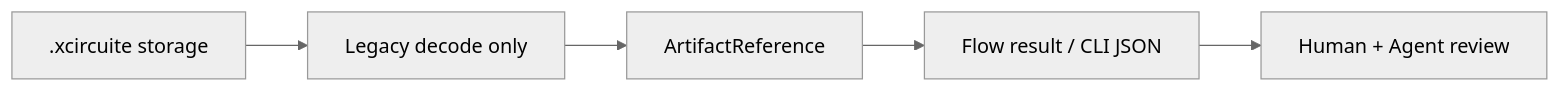
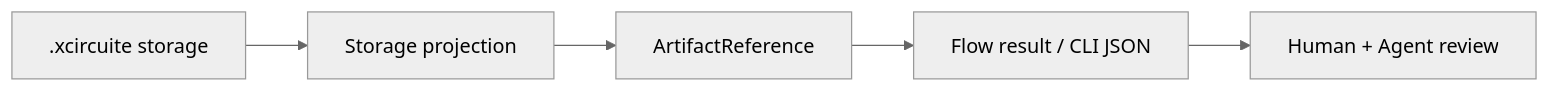
The second of 2 diagrams in README.md (1amageek/DesignFlowKernel), drawn with Mermaid (neutral theme) before and after one commit. The commit also changed other lines of this file, not shown here.

Commit message:
Clarify Xcircuite umbrella integration

````diff
--- a/README.md
+++ b/README.md
@@ -37,7 +36,7 @@
 ```mermaid
 flowchart LR
-    Store[".xcircuite storage"] --> Legacy["Legacy decode only"]
-    Legacy --> Canonical["ArtifactReference"]
+    Store[".xcircuite storage"] --> Projection["Storage projection"]
+    Projection --> Canonical["ArtifactReference"]
     Canonical --> Result["Flow result / CLI JSON"]
     Result --> Review["Human + Agent review"]
 ```
````
